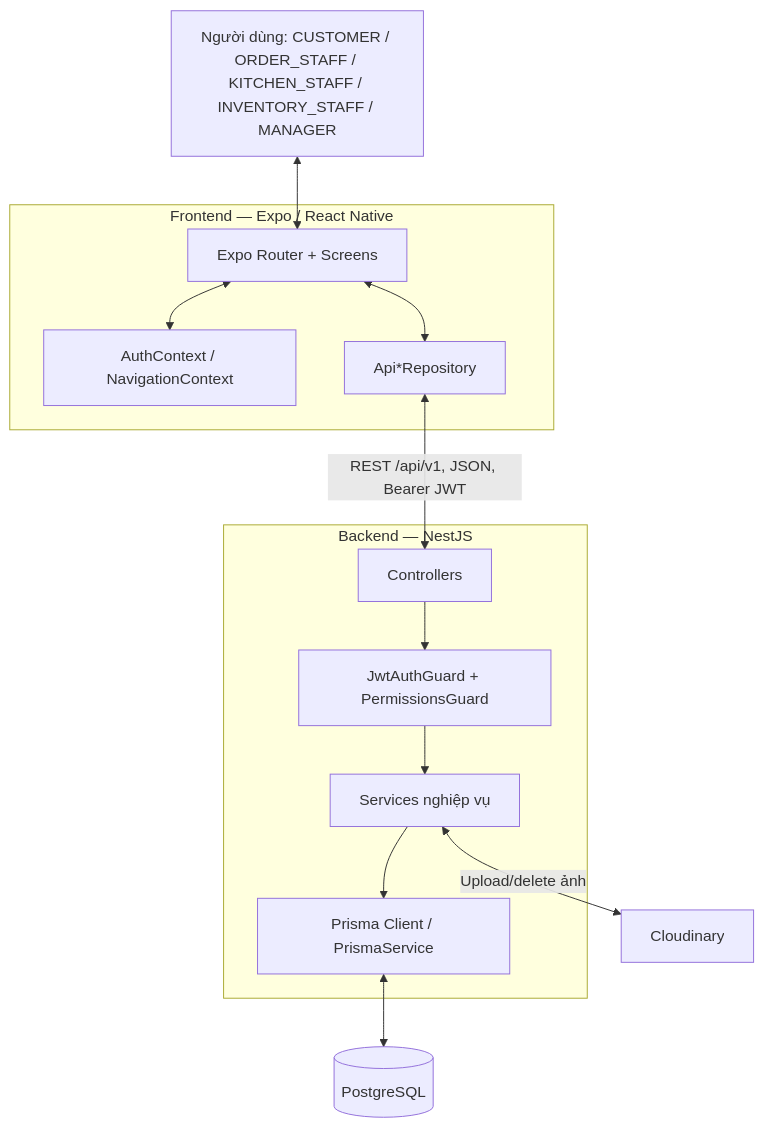
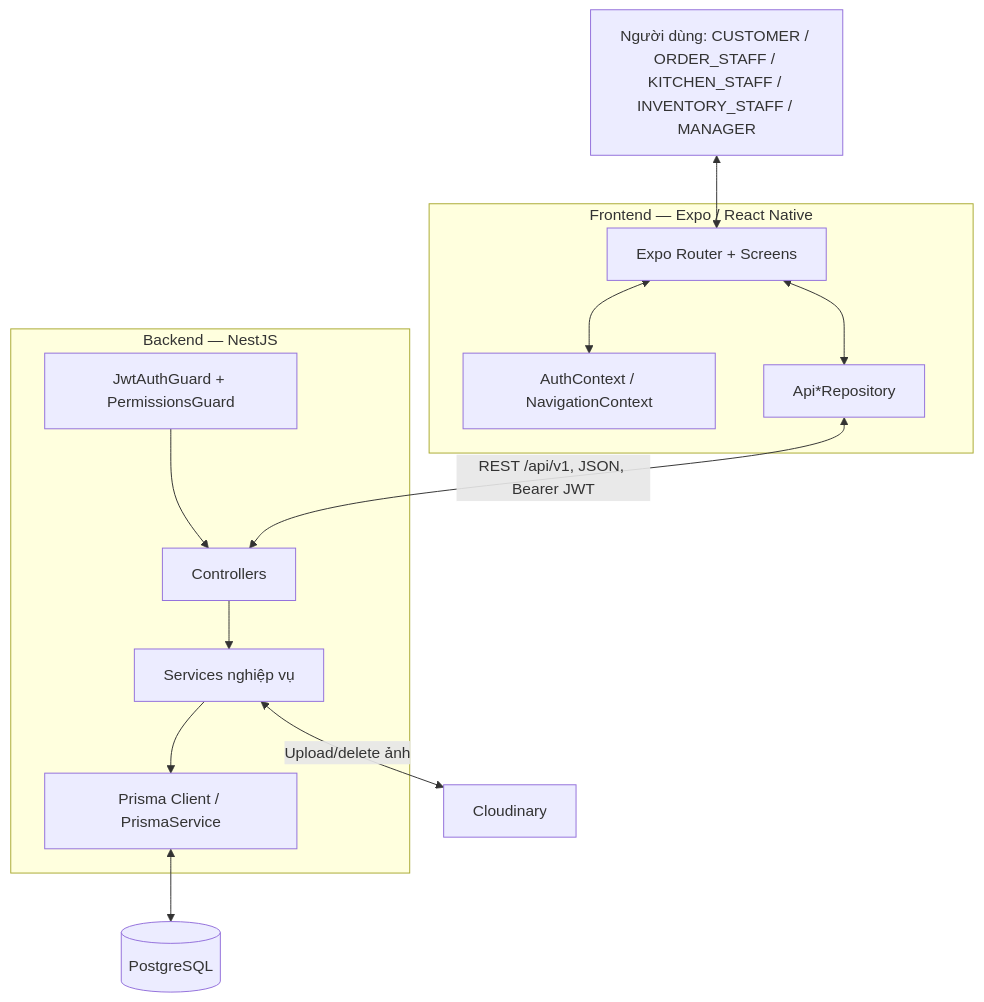
Before and after one commit to NTMHuy/ResMan: the diagram in docs/analysis/diagrams/architecture.mmd, drawn with Mermaid.

Commit message:
docs: correct guard and controller order in architecture diagram

```diff
--- a/docs/analysis/diagrams/architecture.mmd
+++ b/docs/analysis/diagrams/architecture.mmd
@@ -1,22 +1,22 @@
 flowchart TB
   U["Người dùng: CUSTOMER / ORDER_STAFF / KITCHEN_STAFF / INVENTORY_STAFF / MANAGER"]
   subgraph FE["Frontend — Expo / React Native"]
     UI["Expo Router + Screens"]
     CTX["AuthContext / NavigationContext"]
     REPO["Api*Repository"]
     UI <--> CTX
     UI <--> REPO
   end
   subgraph BE["Backend — NestJS"]
     CTRL["Controllers"]
     GUARD["JwtAuthGuard + PermissionsGuard"]
     SVC["Services nghiệp vụ"]
     PRISMA["Prisma Client / PrismaService"]
-    CTRL --> GUARD --> SVC --> PRISMA
+    GUARD --> CTRL --> SVC --> PRISMA
   end
   DB[("PostgreSQL")]
   CLOUD["Cloudinary"]
   U <--> UI
   REPO <-->|"REST /api/v1, JSON, Bearer JWT"| CTRL
   PRISMA <--> DB
   SVC <-->|"Upload/delete ảnh"| CLOUD
```
